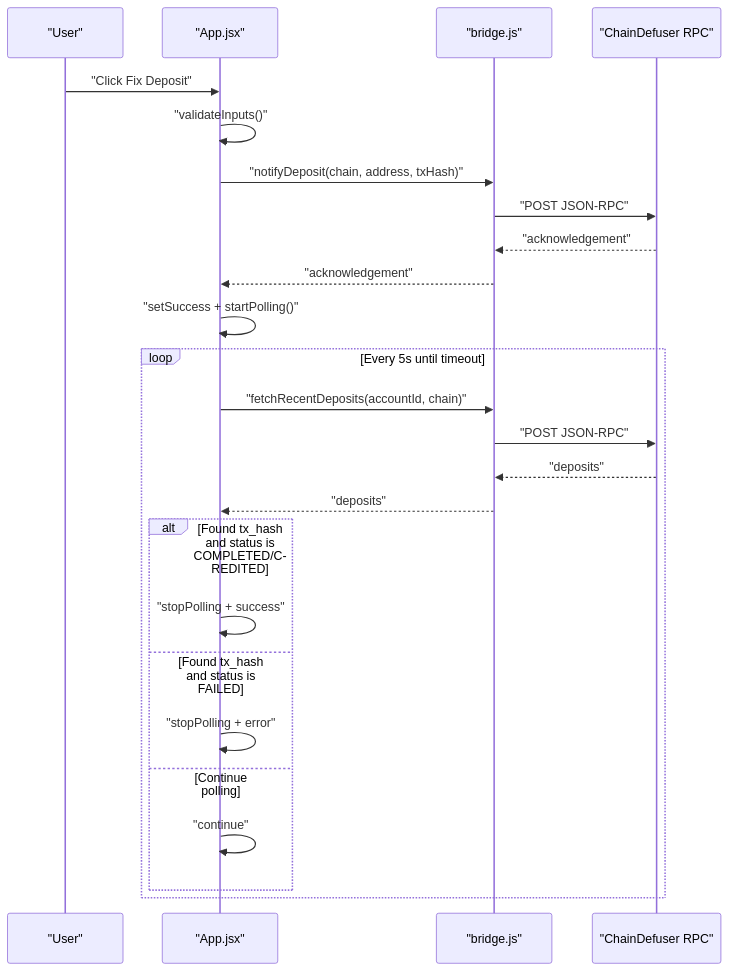
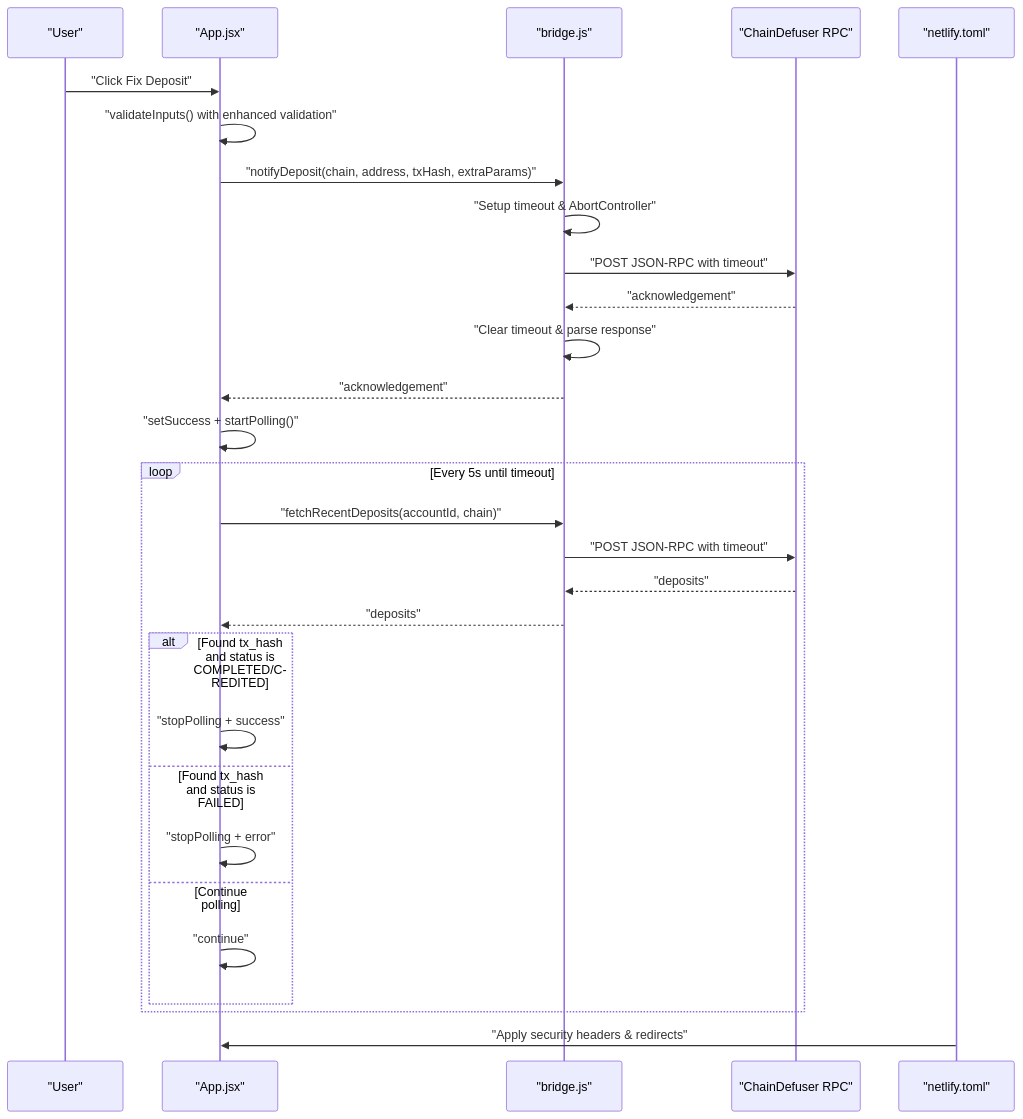
Before and after one commit to KaranMakani/deposit-fixer: the fourth of 5 diagrams in .qoder/repowiki/en/content/Technical Architecture/API Integration Layer.md, drawn with Mermaid. The commit also changed other lines of this file and 10 other files, not shown here.

````diff
--- a/.qoder/repowiki/en/content/Technical Architecture/API Integration Layer.md
+++ b/.qoder/repowiki/en/content/Technical Architecture/API Integration Layer.md
@@ -259,27 +324,31 @@
 ```mermaid
 sequenceDiagram
 participant User as "User"
 participant UI as "App.jsx"
 participant API as "bridge.js"
 participant RPC as "ChainDefuser RPC"
+participant Security as "netlify.toml"
 User->>UI : "Click Fix Deposit"
-UI->>UI : "validateInputs()"
-UI->>API : "notifyDeposit(chain, address, txHash)"
-API->>RPC : "POST JSON-RPC"
+UI->>UI : "validateInputs() with enhanced validation"
+UI->>API : "notifyDeposit(chain, address, txHash, extraParams)"
+API->>API : "Setup timeout & AbortController"
+API->>RPC : "POST JSON-RPC with timeout"
 RPC-->>API : "acknowledgement"
+API->>API : "Clear timeout & parse response"
 API-->>UI : "acknowledgement"
 UI->>UI : "setSuccess + startPolling()"
 loop Every 5s until timeout
 UI->>API : "fetchRecentDeposits(accountId, chain)"
-API->>RPC : "POST JSON-RPC"
+API->>RPC : "POST JSON-RPC with timeout"
 RPC-->>API : "deposits"
 API-->>UI : "deposits"
 alt Found tx_hash and status is COMPLETED/CREDITED
 UI->>UI : "stopPolling + success"
 else Found tx_hash and status is FAILED
 UI->>UI : "stopPolling + error"
 else Continue polling
 UI->>UI : "continue"
 end
 end
+Security->>UI : "Apply security headers & redirects"
 ```
````
